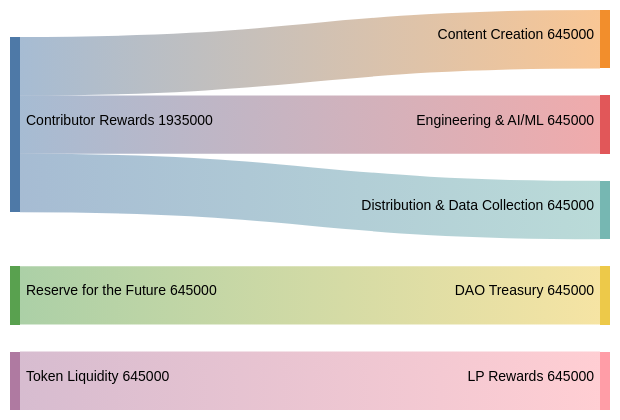
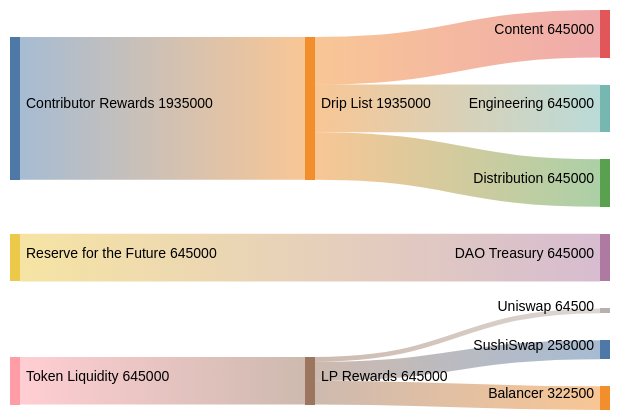
The third of 3 diagrams in TOKENOMICS.md (elimu-ai/web3-wiki), drawn with Mermaid (neutral theme) before and after one commit. The commit also changed other lines of this file, not shown here.

````diff
--- a/TOKENOMICS.md
+++ b/TOKENOMICS.md
@@ -48,10 +48,14 @@
 ```mermaid
 sankey-beta
 
 %% source,target,value
-Contributor Rewards,Content Creation,645000
-Contributor Rewards,Engineering & AI/ML,645000
-Contributor Rewards,Distribution & Data Collection,645000
+Contributor Rewards,Drip List,1935000
+Drip List,Content,645000
+Drip List,Engineering,645000
+Drip List,Distribution,645000
 Reserve for the Future,DAO Treasury,645000
 Token Liquidity,LP Rewards,645000
+LP Rewards,Uniswap,64500
+LP Rewards,SushiSwap,258000
+LP Rewards,Balancer,322500
 ```
````
